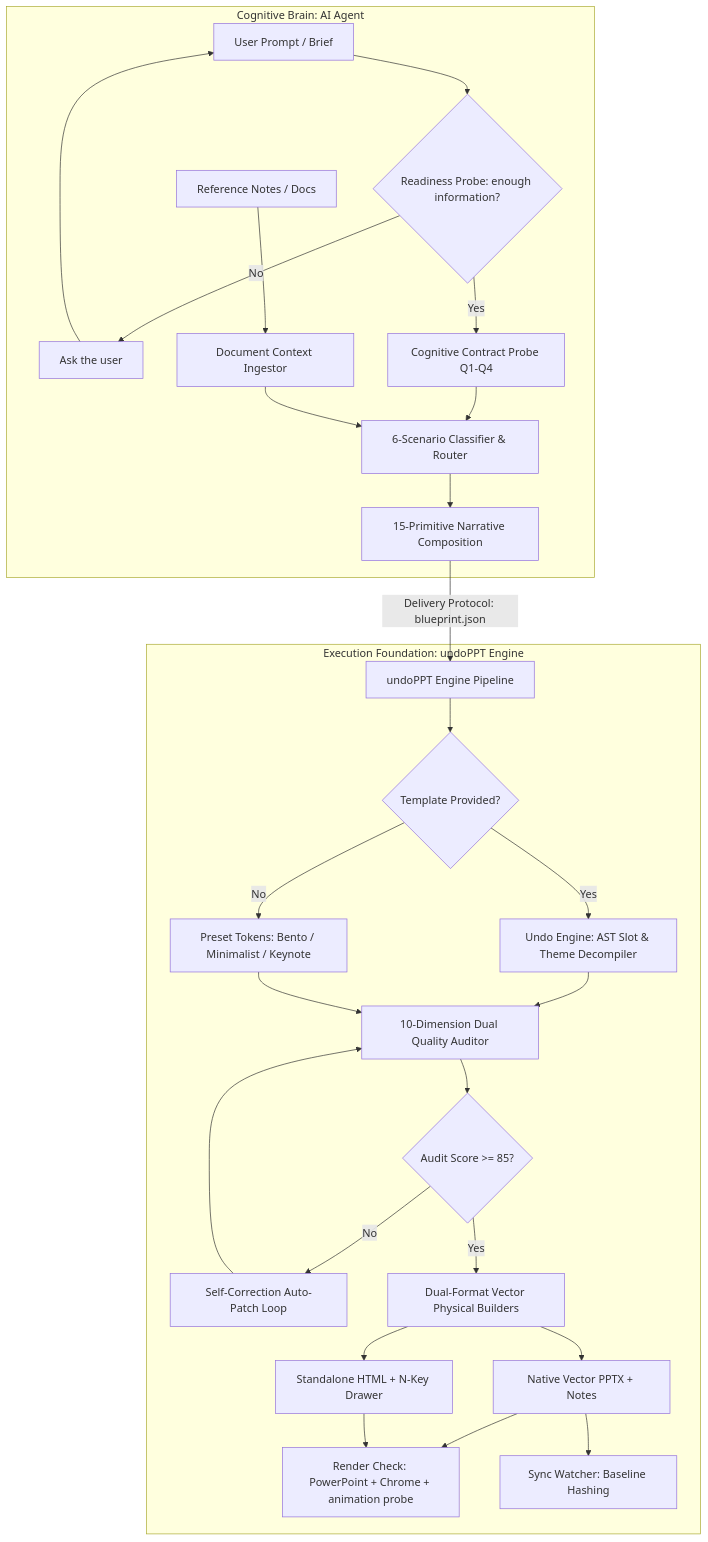
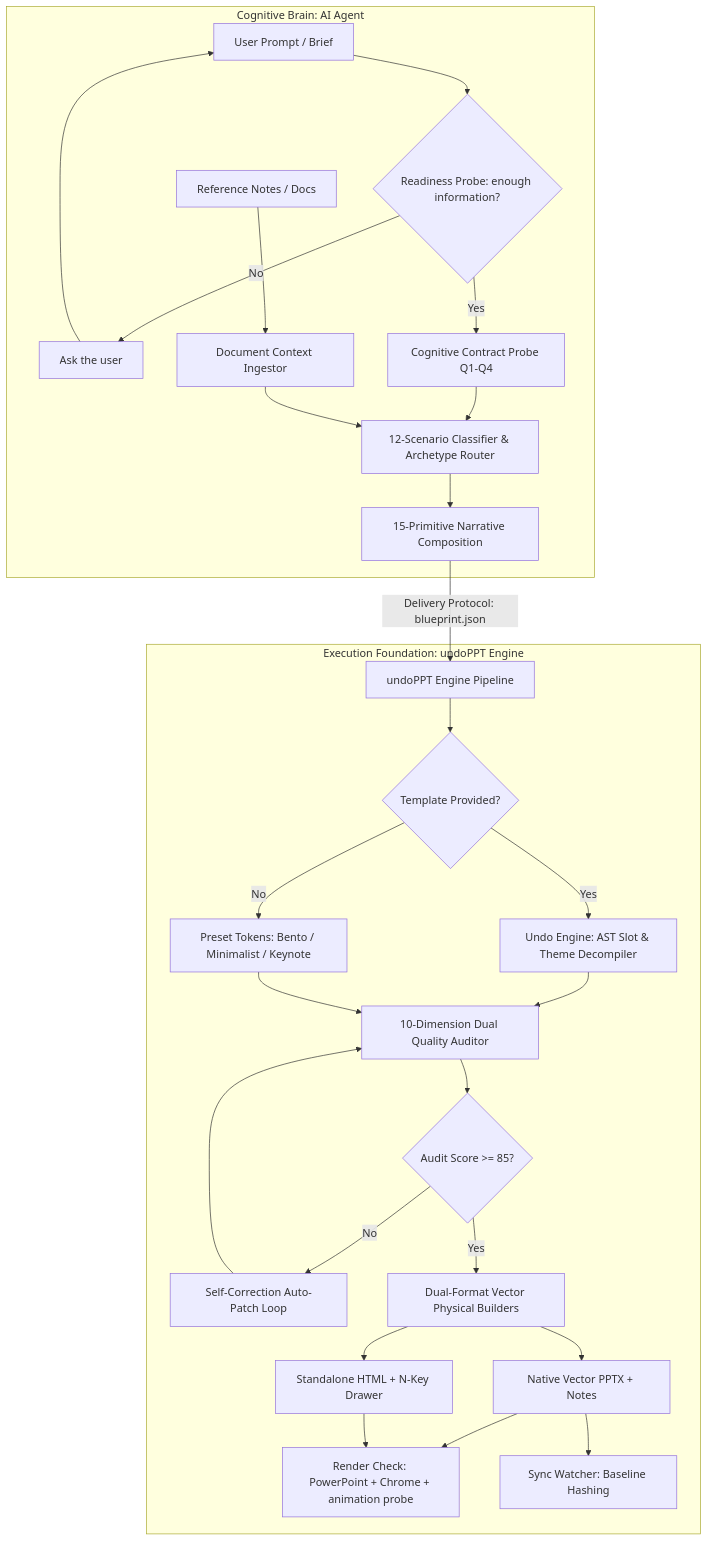
The diagram in docs/en/architecture.md (kts-kris/undoPPT), drawn with Mermaid before and after one commit. The commit also changed other lines of this file and 28 other files, not shown here.

````diff
--- a/docs/en/architecture.md
+++ b/docs/en/architecture.md
@@ -15,31 +17,31 @@
 ```mermaid
 flowchart TD
     subgraph CognitiveLayer [Cognitive Brain: AI Agent]
         A[User Prompt / Brief] --> R{Readiness Probe: enough information?}
         R -- No --> Q[Ask the user] --> A
         R -- Yes --> B[Cognitive Contract Probe Q1-Q4]
         C[Reference Notes / Docs] --> D[Document Context Ingestor]
-        B --> E[6-Scenario Classifier & Router]
+        B --> E[12-Scenario Classifier & Archetype Router]
         D --> E
         E --> F[15-Primitive Narrative Composition]
     end
 
     F -->|Delivery Protocol: blueprint.json| G[undoPPT Engine Pipeline]
 
     subgraph EngineLayer [Execution Foundation: undoPPT Engine]
         G --> H{Template Provided?}
         H -- Yes --> I[Undo Engine: AST Slot & Theme Decompiler]
         H -- No --> J[Preset Tokens: Bento / Minimalist / Keynote]
         I --> K[10-Dimension Dual Quality Auditor]
         J --> K
         K --> L{Audit Score >= 85?}
         L -- No --> M[Self-Correction Auto-Patch Loop]
         M --> K
         L -- Yes --> N[Dual-Format Vector Physical Builders]
         N --> O1[Native Vector PPTX + Notes]
         N --> O2[Standalone HTML + N-Key Drawer]
         O1 --> V[Render Check: PowerPoint + Chrome + animation probe]
         O2 --> V
         O1 --> P[Sync Watcher: Baseline Hashing]
     end
 ```
````
